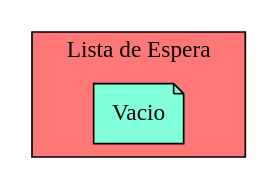
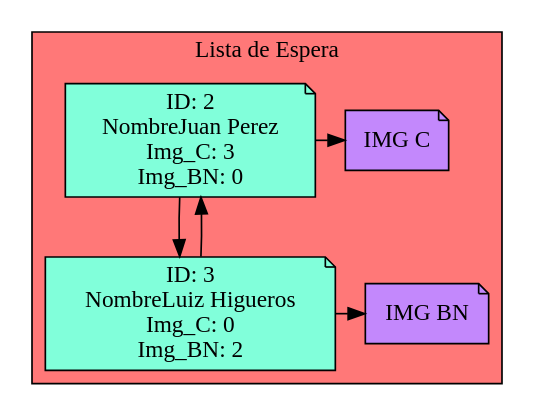
One commit to Serch-ING/EDD_UDRAWING_202000119 changed the diagram in Circular_Doble_espera.dot. Above: the diagram before and after it, drawn with Graphviz. The commit also changed 12 other files, not shown here.

```diff
--- a/Circular_Doble_espera.dot
+++ b/Circular_Doble_espera.dot
@@ -1,8 +1,22 @@
 digraph L {
 node[shape=note fillcolor="#A181FF" style =filled]
 subgraph cluster_p{
-    label= "Lista de Espera"
+    label= "Lista de Espera "
     bgcolor = "#FF7878"
-Nodo1008925772[label="Vacio",fillcolor="#81FFDA"]
+Nodo568221876[label="ID: 2
+NombreJuan Perez
+Img_C: 3
+Img_BN: 0",fillcolor="#81FFDA"]
+Nodo1585635178[label="ID: 3
+NombreLuiz Higueros
+Img_C: 0
+Img_BN: 2",fillcolor="#81FFDA"]
 
-}}
+Nodo568221876 -> Nodo1585635178
+Nodo568221876->Nodo56822187611111
+Nodo56822187611111[label="IMG C",fillcolor="#C388FC"]
+{rank=same;Nodo568221876,Nodo56822187611111}
+Nodo1585635178 -> Nodo568221876
+Nodo1585635178->Nodo158563517800001
+Nodo158563517800001[label="IMG BN",fillcolor="#C388FC"]
+{rank=same;Nodo1585635178,Nodo158563517800001}}}
```
